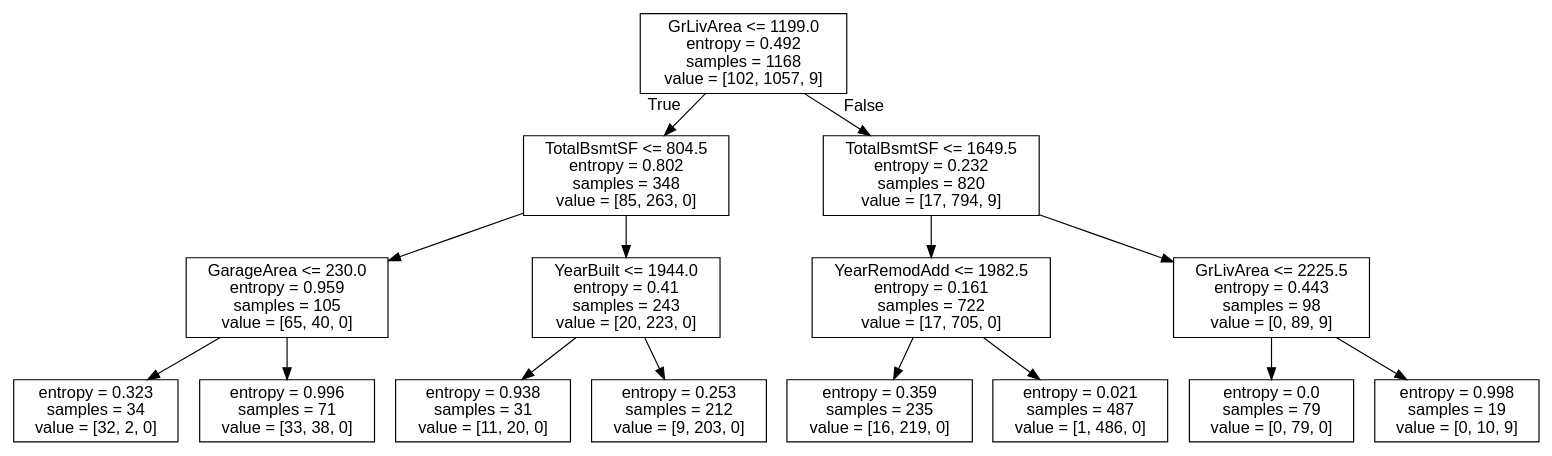
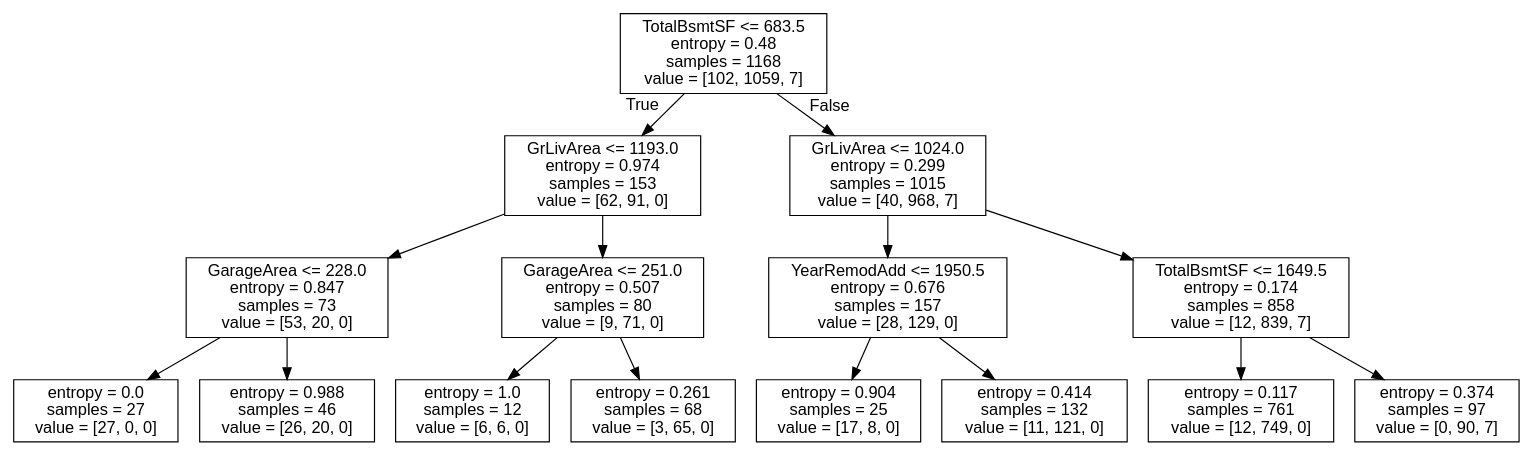
Before and after one commit to genomorro/unir: the diagram in out/dtc.dot, drawn with Graphviz. The commit also changed 3 other files, not shown here.

```diff
--- a/out/dtc.dot
+++ b/out/dtc.dot
@@ -1,33 +1,33 @@
 digraph Tree {
 node [shape=box, fontname="helvetica"] ;
 edge [fontname="helvetica"] ;
-0 [label="GrLivArea <= 1199.0\nentropy = 0.492\nsamples = 1168\nvalue = [102, 1057, 9]"] ;
-1 [label="TotalBsmtSF <= 804.5\nentropy = 0.802\nsamples = 348\nvalue = [85, 263, 0]"] ;
+0 [label="TotalBsmtSF <= 683.5\nentropy = 0.48\nsamples = 1168\nvalue = [102, 1059, 7]"] ;
+1 [label="GrLivArea <= 1193.0\nentropy = 0.974\nsamples = 153\nvalue = [62, 91, 0]"] ;
 0 -> 1 [labeldistance=2.5, labelangle=45, headlabel="True"] ;
-2 [label="GarageArea <= 230.0\nentropy = 0.959\nsamples = 105\nvalue = [65, 40, 0]"] ;
+2 [label="GarageArea <= 228.0\nentropy = 0.847\nsamples = 73\nvalue = [53, 20, 0]"] ;
 1 -> 2 ;
-3 [label="entropy = 0.323\nsamples = 34\nvalue = [32, 2, 0]"] ;
+3 [label="entropy = 0.0\nsamples = 27\nvalue = [27, 0, 0]"] ;
 2 -> 3 ;
-4 [label="entropy = 0.996\nsamples = 71\nvalue = [33, 38, 0]"] ;
+4 [label="entropy = 0.988\nsamples = 46\nvalue = [26, 20, 0]"] ;
 2 -> 4 ;
-5 [label="YearBuilt <= 1944.0\nentropy = 0.41\nsamples = 243\nvalue = [20, 223, 0]"] ;
+5 [label="GarageArea <= 251.0\nentropy = 0.507\nsamples = 80\nvalue = [9, 71, 0]"] ;
 1 -> 5 ;
-6 [label="entropy = 0.938\nsamples = 31\nvalue = [11, 20, 0]"] ;
+6 [label="entropy = 1.0\nsamples = 12\nvalue = [6, 6, 0]"] ;
 5 -> 6 ;
-7 [label="entropy = 0.253\nsamples = 212\nvalue = [9, 203, 0]"] ;
+7 [label="entropy = 0.261\nsamples = 68\nvalue = [3, 65, 0]"] ;
 5 -> 7 ;
-8 [label="TotalBsmtSF <= 1649.5\nentropy = 0.232\nsamples = 820\nvalue = [17, 794, 9]"] ;
+8 [label="GrLivArea <= 1024.0\nentropy = 0.299\nsamples = 1015\nvalue = [40, 968, 7]"] ;
 0 -> 8 [labeldistance=2.5, labelangle=-45, headlabel="False"] ;
-9 [label="YearRemodAdd <= 1982.5\nentropy = 0.161\nsamples = 722\nvalue = [17, 705, 0]"] ;
+9 [label="YearRemodAdd <= 1950.5\nentropy = 0.676\nsamples = 157\nvalue = [28, 129, 0]"] ;
 8 -> 9 ;
-10 [label="entropy = 0.359\nsamples = 235\nvalue = [16, 219, 0]"] ;
+10 [label="entropy = 0.904\nsamples = 25\nvalue = [17, 8, 0]"] ;
 9 -> 10 ;
-11 [label="entropy = 0.021\nsamples = 487\nvalue = [1, 486, 0]"] ;
+11 [label="entropy = 0.414\nsamples = 132\nvalue = [11, 121, 0]"] ;
 9 -> 11 ;
-12 [label="GrLivArea <= 2225.5\nentropy = 0.443\nsamples = 98\nvalue = [0, 89, 9]"] ;
+12 [label="TotalBsmtSF <= 1649.5\nentropy = 0.174\nsamples = 858\nvalue = [12, 839, 7]"] ;
 8 -> 12 ;
-13 [label="entropy = 0.0\nsamples = 79\nvalue = [0, 79, 0]"] ;
+13 [label="entropy = 0.117\nsamples = 761\nvalue = [12, 749, 0]"] ;
 12 -> 13 ;
-14 [label="entropy = 0.998\nsamples = 19\nvalue = [0, 10, 9]"] ;
+14 [label="entropy = 0.374\nsamples = 97\nvalue = [0, 90, 7]"] ;
 12 -> 14 ;
 }
```
